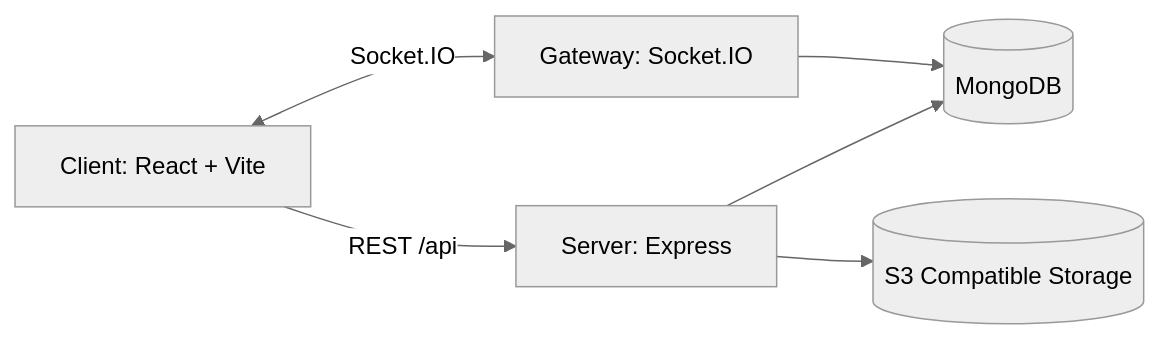
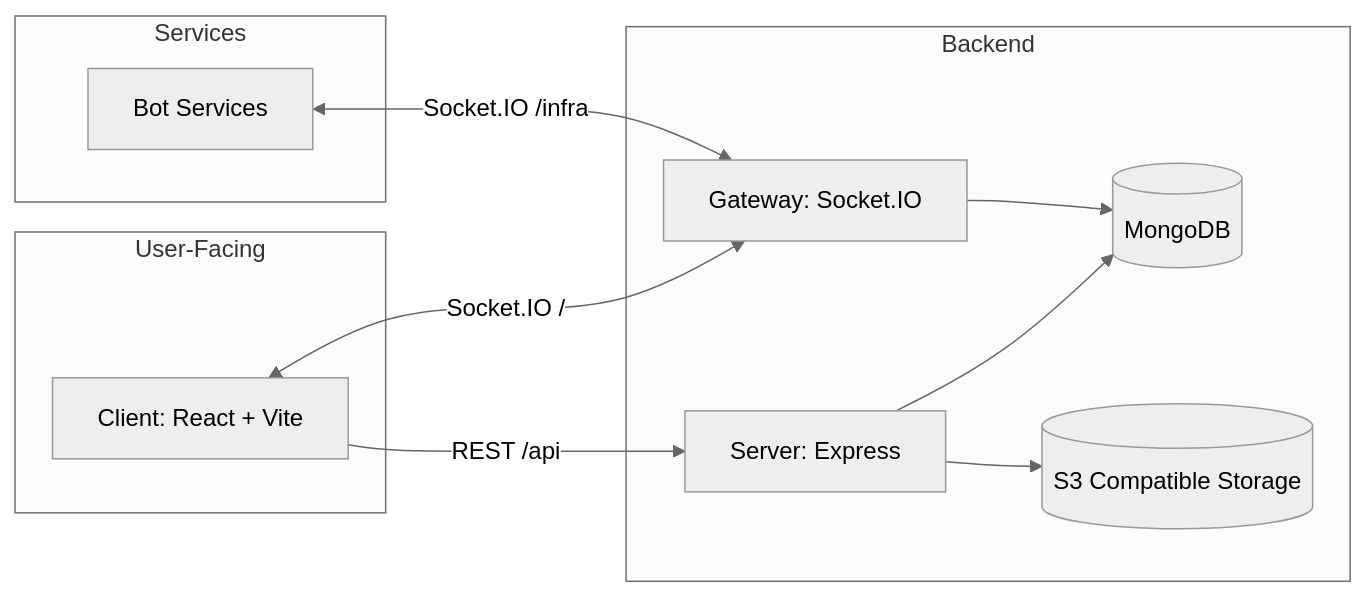
Before and after one commit to U1805/mew: the first of 2 diagrams in website/docs/platform/platform-design.md, drawn with Mermaid (neutral theme). The commit also changed other lines of this file and 20 other files, not shown here.

````diff
--- a/website/docs/platform/platform-design.md
+++ b/website/docs/platform/platform-design.md
@@ -25,8 +25,22 @@
 ```mermaid
 flowchart LR
-  FE["Client: React + Vite"] -->|"REST /api"| BE["Server: Express"]
-  FE <-->|"Socket.IO"| GW["Gateway: Socket.IO"]
-  BE --> DB[(MongoDB)]
-  BE --> S3[(S3 Compatible Storage)]
+  subgraph User-Facing
+    FE["Client: React + Vite"]
+  end
+  subgraph Backend
+    BE["Server: Express"]
+    GW["Gateway: Socket.IO"]
+    DB[(MongoDB)]
+    S3[(S3 Compatible Storage)]
+  end
+  subgraph Services
+    BS["Bot Services"]
+  end
+
+  FE -->|"REST /api"| BE
+  FE <-->|"Socket.IO /"| GW
+  BS <-->|"Socket.IO /infra"| GW
+  BE --> DB
+  BE --> S3
   GW --> DB
 ```
````
